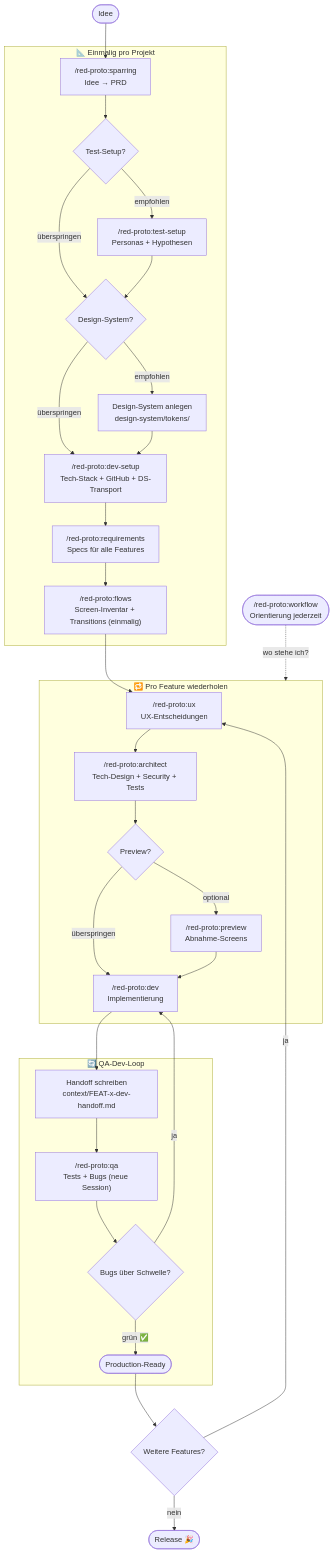
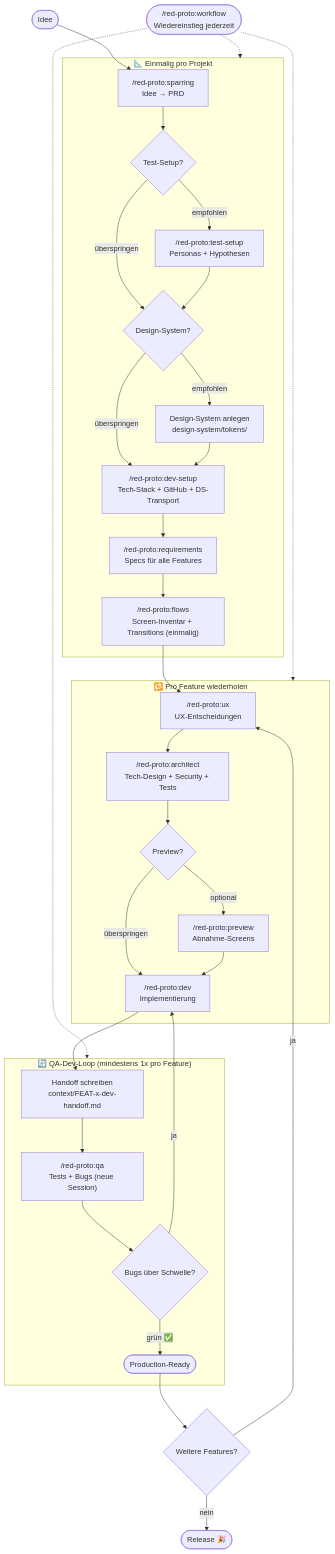
The diagram in README.md (eltuctuc/red-create-prototyp-project), drawn with Mermaid before and after one commit. The commit also changed other lines of this file and 2 other files, not shown here.

````diff
--- a/README.md
+++ b/README.md
@@ -36,41 +57,44 @@
 ```mermaid
 flowchart TD
     A([Idee]) --> B
 
     subgraph setup["📐 Einmalig pro Projekt"]
         B["/red-proto:sparring<br/>Idee → PRD"]
         B --> T{Test-Setup?}
         T -->|empfohlen| TS["/red-proto:test-setup<br/>Personas + Hypothesen"]
         T -->|überspringen| DS
         TS --> DS{Design-System?}
         DS -->|empfohlen| DSA["Design-System anlegen<br/>design-system/tokens/"]
         DS -->|überspringen| C
         DSA --> C["/red-proto:dev-setup<br/>Tech-Stack + GitHub + DS-Transport"]
         C --> F["/red-proto:requirements<br/>Specs für alle Features"]
         F --> G["/red-proto:flows<br/>Screen-Inventar + Transitions (einmalig)"]
     end
 
     subgraph feature["🔁 Pro Feature wiederholen"]
         G --> H["/red-proto:ux<br/>UX-Entscheidungen"]
         H --> I["/red-proto:architect<br/>Tech-Design + Security + Tests"]
         I --> PRQ{Preview?}
         PRQ -->|optional| PR["/red-proto:preview<br/>Abnahme-Screens"]
         PRQ -->|überspringen| QL
         PR --> QL
     end
 
-    subgraph loop["🔄 QA-Dev-Loop"]
+    subgraph loop["🔄 QA-Dev-Loop (mindestens 1x pro Feature)"]
         QL["/red-proto:dev<br/>Implementierung"]
         QL --> QL2["Handoff schreiben<br/>context/FEAT-x-dev-handoff.md"]
         QL2 --> K["/red-proto:qa<br/>Tests + Bugs (neue Session)"]
         K --> L{Bugs über Schwelle?}
         L -->|ja| QL
         L -->|grün ✅| M([Production-Ready])
     end
 
     M --> N{Weitere Features?}
     N -->|ja| H
     N -->|nein| O([Release 🎉])
 
-    WF(["/red-proto:workflow<br/>Orientierung jederzeit"]) -.->|wo stehe ich?| feature
+    WF(["/red-proto:workflow<br/>Wiedereinstieg jederzeit"])
+    WF -.-> setup
+    WF -.-> feature
+    WF -.-> loop
 ```
````
